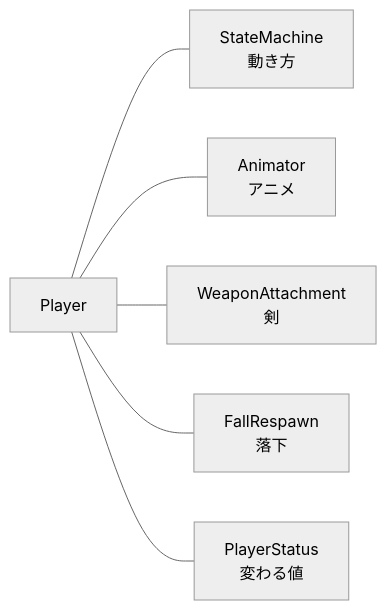
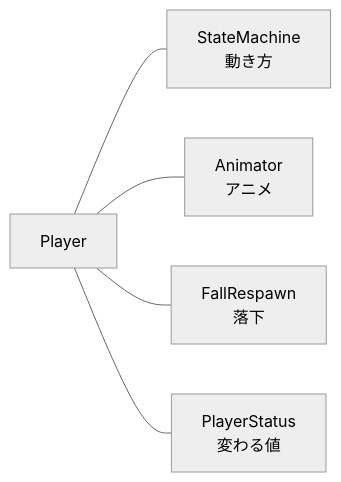
Before and after one commit to hirota-ryuki/Action: the diagram in Action/docs/ゲーム/プレイヤー/プレイヤーの構成の設計.md, drawn with Mermaid (neutral theme). The commit also changed other lines of this file and 13 other files, not shown here.

Commit message:
<Player>右手に付けていた小さい剣を、表示とコード（WeaponAttachment）ごと消す

````diff
--- a/Action/docs/ゲーム/プレイヤー/プレイヤーの構成の設計.md
+++ b/Action/docs/ゲーム/プレイヤー/プレイヤーの構成の設計.md
@@ -18,8 +18,7 @@
 ```mermaid
 flowchart LR
     P[Player] --- SM["StateMachine<br/>動き方"]
     P --- AN["Animator<br/>アニメ"]
-    P --- W["WeaponAttachment<br/>剣"]
     P --- R["FallRespawn<br/>落下"]
     P --- S["PlayerStatus<br/>変わる値"]
 ```
````
